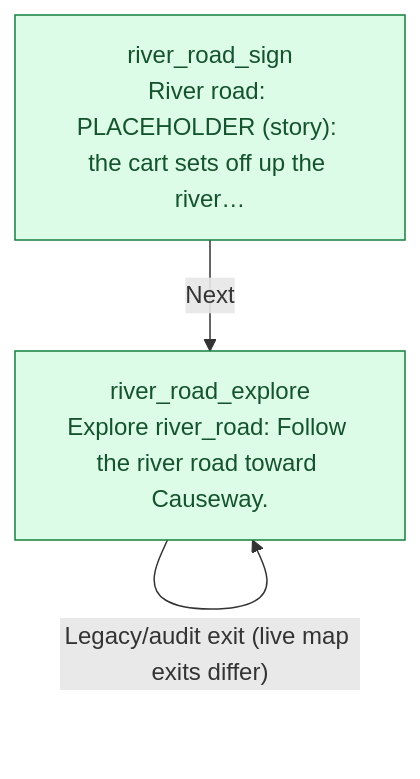
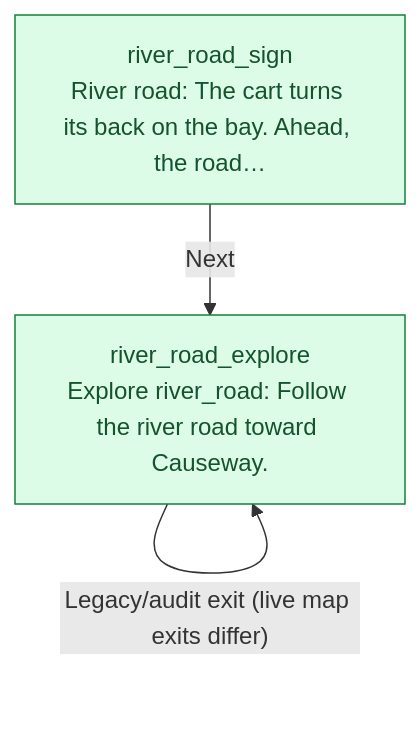
The diagram in docs/story/river-road.md (jaredbahr/Avatarrpg), drawn with Mermaid before and after one commit. The commit also changed 5 other files, not shown here.

First line of the commit message:
Write SF-2.3's choice and the river road's departure

````diff
--- a/docs/story/river-road.md
+++ b/docs/story/river-road.md
@@ -21,10 +21,10 @@
 ```mermaid
 flowchart TD
   n313["river_road_explore<br/>Explore river_road: Follow the river road toward Causeway."]:::entry
-  n314["river_road_sign<br/>River road: PLACEHOLDER (story): the cart sets off up the river…"]:::entry
+  n314["river_road_sign<br/>River road: The cart turns its back on the bay. Ahead, the road…"]:::entry
   n313 -->|"Legacy/audit exit (live map exits differ)"| n313
   n314 -->|"Next"| n313
   classDef entry fill:#dcfce7,stroke:#15803d,color:#14532d
   classDef external fill:#f3e8ff,stroke:#7e22ce,color:#581c87
   classDef continuation fill:#f8fafc,stroke:#475569,color:#0f172a,stroke-dasharray:5 5
 ```
````
